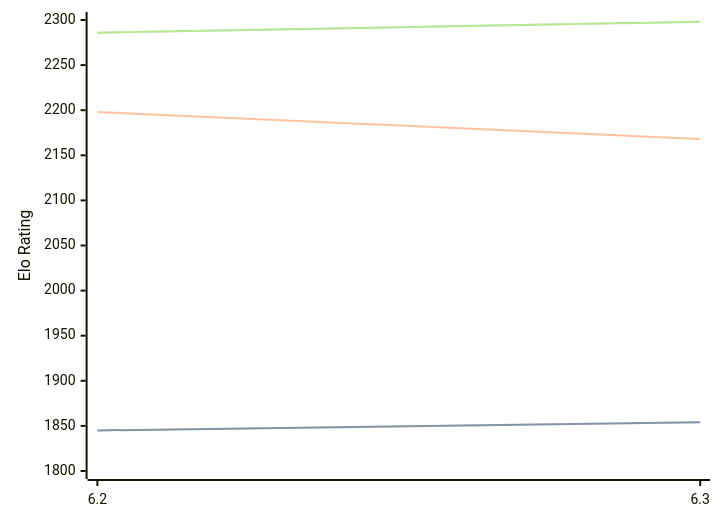
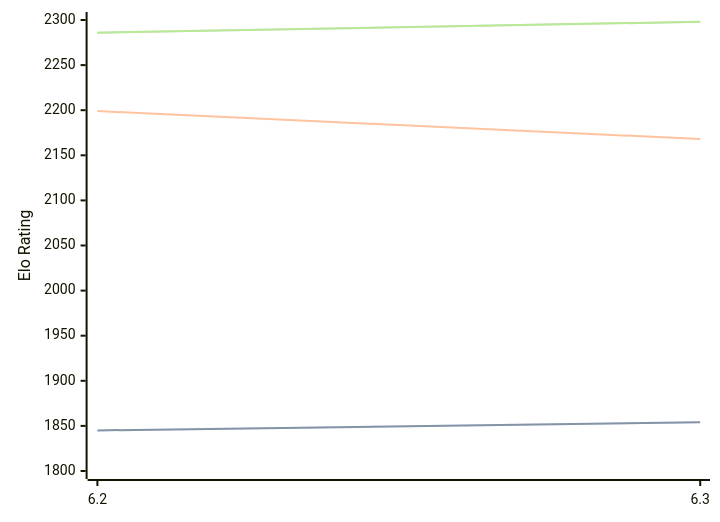
One commit to computer-chess-index/cci changed the diagram in engines/chess4j.md. Above: the diagram before and after it, drawn with Mermaid. The commit also changed other lines of this file, not shown here.

````diff
--- a/engines/chess4j.md
+++ b/engines/chess4j.md
@@ -32,11 +32,11 @@
 ```mermaid
 %%{init: {"theme":"base","themeVariables":{"seriesColors:['#a3a3a3','#222221','#faa371']}}}%%
 xychart-beta
   x-axis ["6.2", "6.3"]
   y-axis "Elo Rating" 1800 --> 2300
   line "STC (8.0+0.08s)" [1845, 1854]
   line "STC (8.0+0.08s)" [1845, 1854]
-  line "LTC (60.0+0.60s)" [2198, 2168]
+  line "LTC (60.0+0.60s)" [2199, 2168]
   line "VLTC (2m24s+1.12s)" [2286, 2298]
   line "VLTC (2m24s+1.12s)" [2286, 2298]
 ```
````
